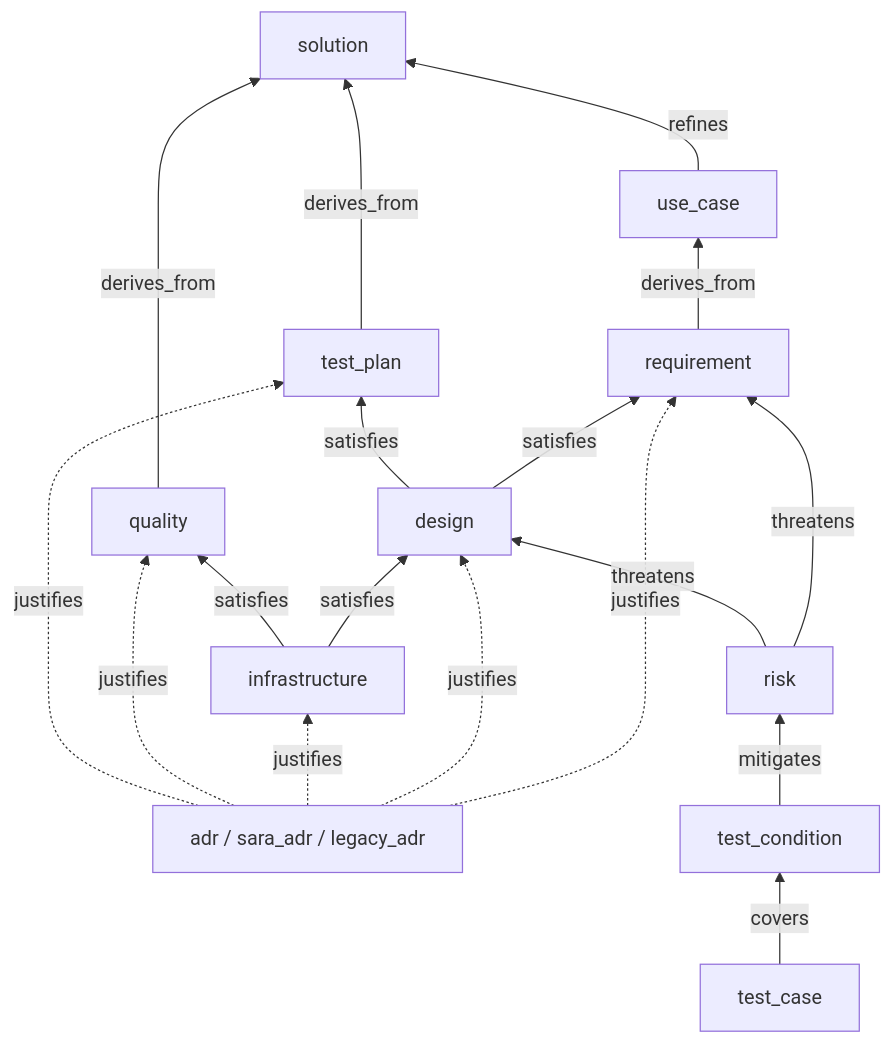
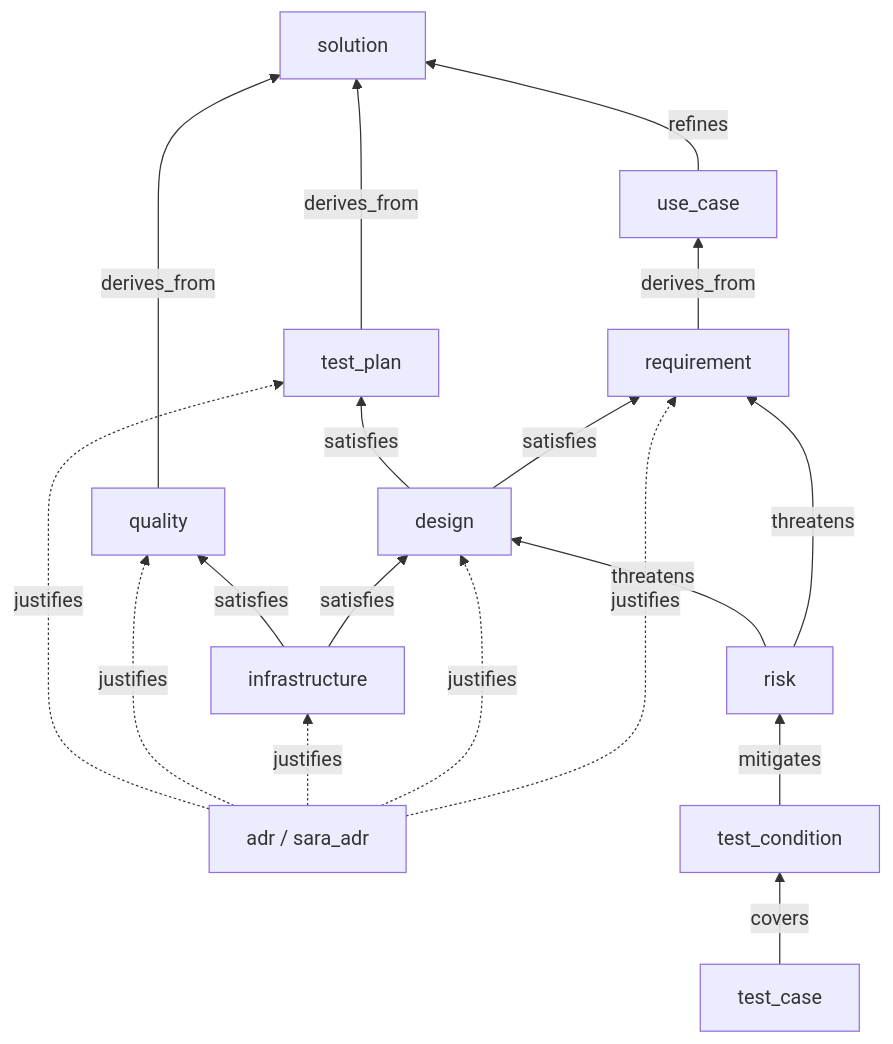
The first of 2 diagrams in docs/agents/sara-graph.md (yasunori0418/layat), drawn with Mermaid before and after one commit. The commit also changed other lines of this file and 7 other files, not shown here.

Commit message:
docs: legacy_adr の記述を README・CLAUDE.md・agents 文書・スキルから外す

````diff
--- a/docs/agents/sara-graph.md
+++ b/docs/agents/sara-graph.md
@@ -14,32 +14,32 @@
 ```mermaid
 flowchart BT
     SOL[solution]
     UC[use_case]
     REQ[requirement]
     DSG[design]
     QA[quality]
     TP[test_plan]
     INF[infrastructure]
-    ADR["adr / sara_adr / legacy_adr"]
+    ADR["adr / sara_adr"]
     RISK[risk]
     TC[test_condition]
     CASE[test_case]
 
     UC -->|refines| SOL
     REQ -->|derives_from| UC
     DSG -->|satisfies| REQ
     DSG -->|satisfies| TP
     QA -->|derives_from| SOL
     TP -->|derives_from| SOL
     INF -->|satisfies| DSG
     INF -->|satisfies| QA
     RISK -->|threatens| REQ
     RISK -->|threatens| DSG
     TC -->|mitigates| RISK
     CASE -->|covers| TC
     ADR -.->|justifies| REQ
     ADR -.->|justifies| DSG
     ADR -.->|justifies| INF
     ADR -.->|justifies| QA
     ADR -.->|justifies| TP
 ```
````
